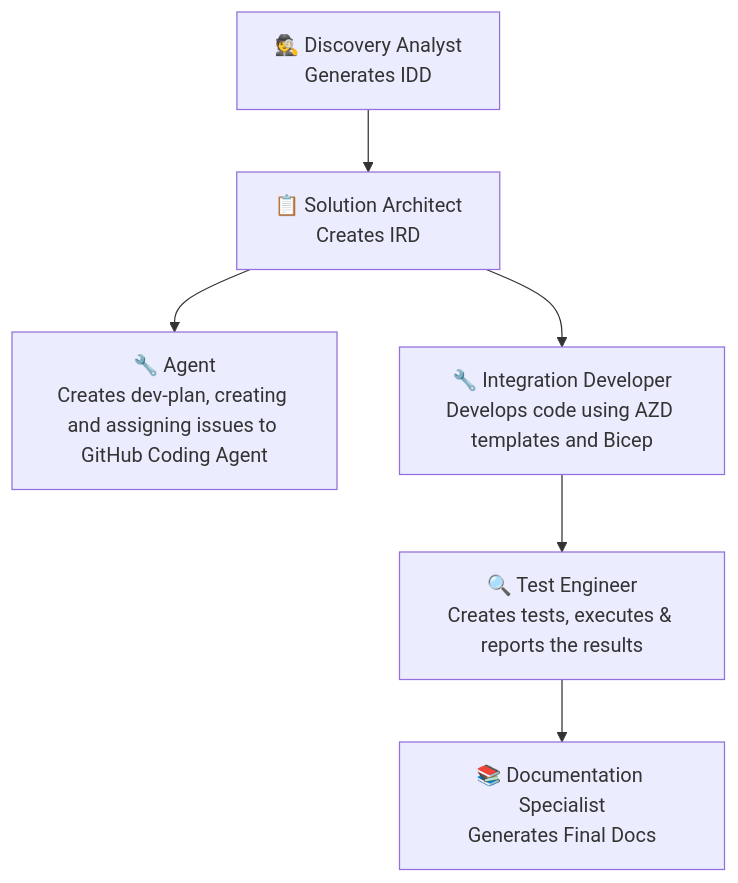
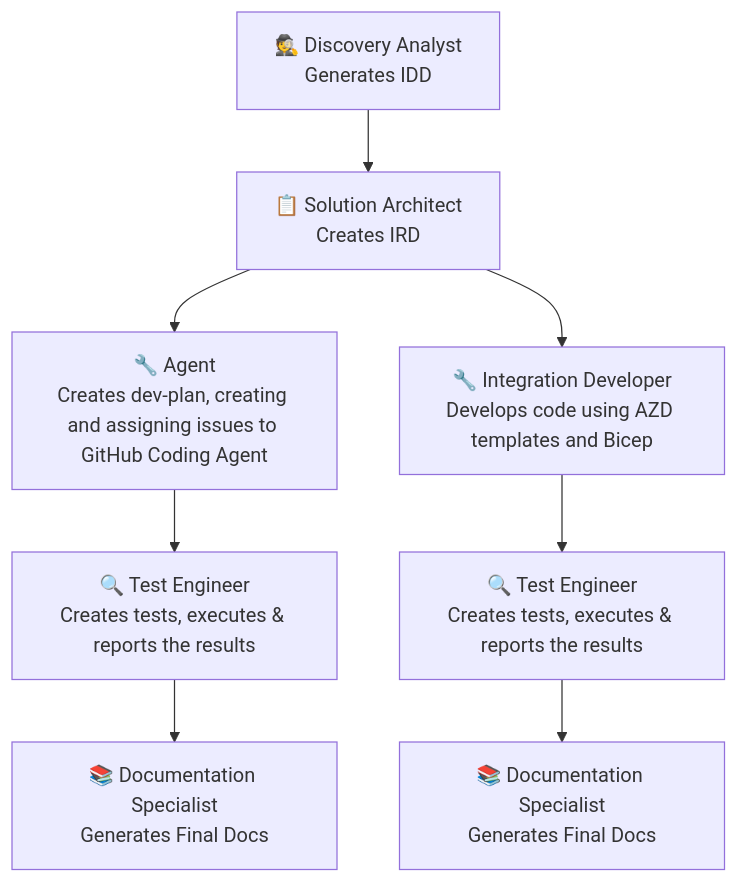
One commit to pascalvanderheiden/ais-ai-dev-template-copilot changed the diagram in README.md. Above: the diagram before and after it, drawn with Mermaid. The commit also changed other lines of this file and 24 other files, not shown here.

````diff
--- a/README.md
+++ b/README.md
@@ -13,8 +13,10 @@
 ```mermaid
 flowchart TD
     A[🕵️ Discovery Analyst<br/>Generates IDD] --> B[📋 Solution Architect<br/>Creates IRD]
     B --> C[🔧 Agent<br/>Creates dev-plan, creating and assigning issues to GitHub Coding Agent]
     B --> D[🔧 Integration Developer<br/>Develops code using AZD templates and Bicep]
-    D --> E[🔍 Test Engineer<br/>Creates tests, executes & reports the results]
+    C --> E[🔍 Test Engineer<br/>Creates tests, executes & reports the results]
     E --> F[📚 Documentation Specialist<br/>Generates Final Docs]
+    D --> G[🔍 Test Engineer<br/>Creates tests, executes & reports the results]
+    G --> H[📚 Documentation Specialist<br/>Generates Final Docs]
 ```
````
